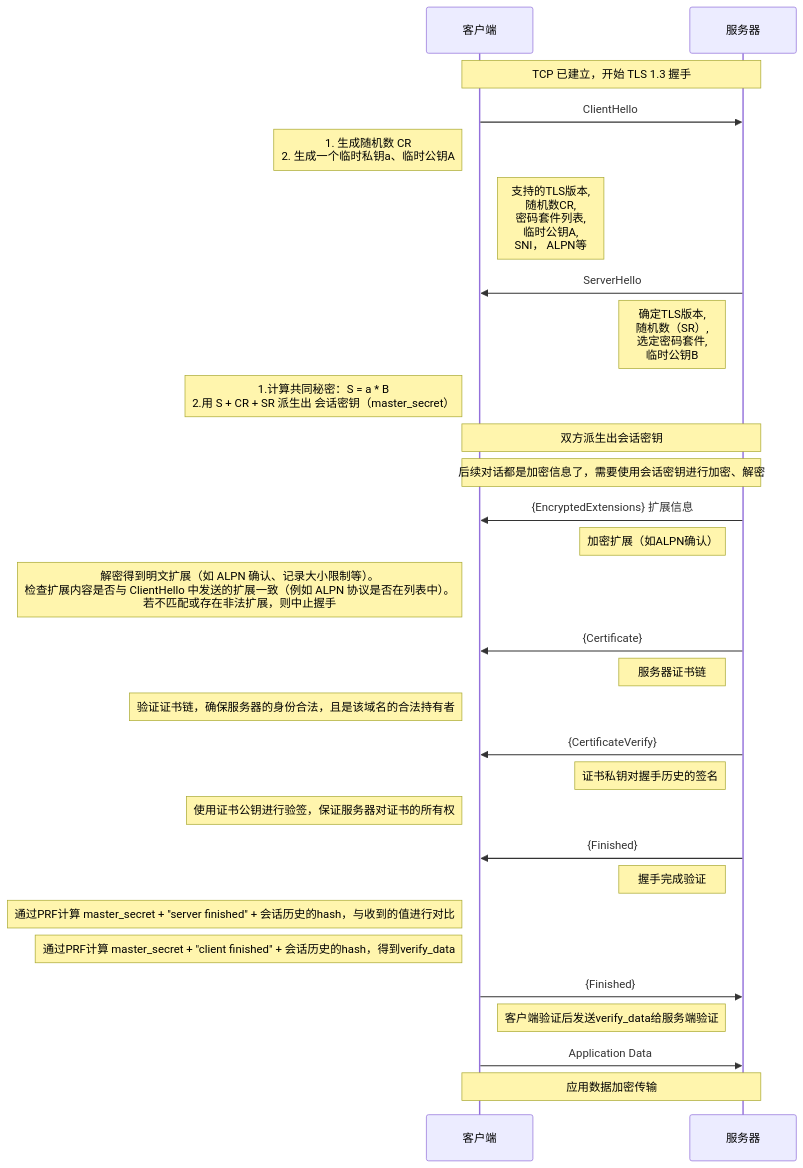
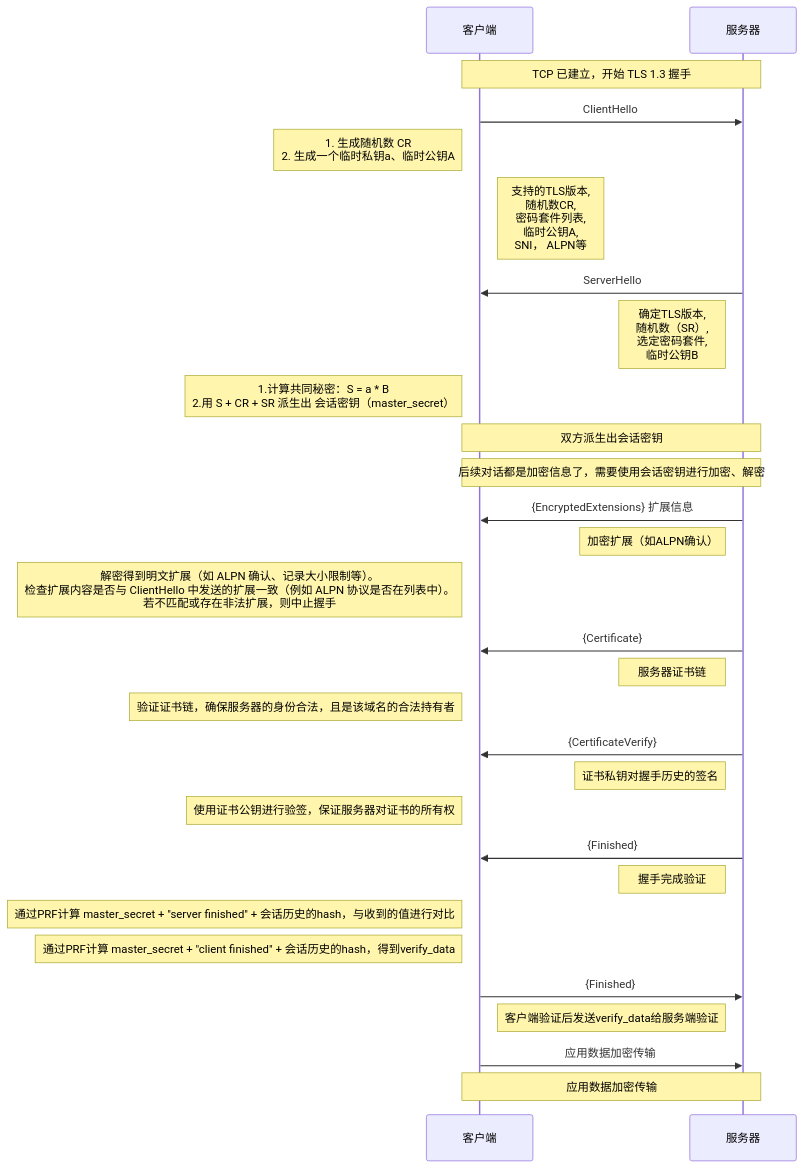
The diagram in all/TLS-1.3-通用.md (HY-10-8/iodraw-files), drawn with Mermaid before and after one commit.

Commit message:
2026-03-31 10:38:13 update

````diff
--- a/all/TLS-1.3-通用.md
+++ b/all/TLS-1.3-通用.md
@@ -1,41 +1,41 @@
 ```mermaid
 sequenceDiagram
     participant C as 客户端
     participant S as 服务器
 
     Note over C,S: TCP 已建立，开始 TLS 1.3 握手
 
     C->>S: ClientHello
     Note left of C: 1. 生成随机数 CR<br/> 2. 生成一个临时私钥a、临时公钥A
     Note right of C: 支持的TLS版本,<br/> 随机数CR,<br/> 密码套件列表,<br/> 临时公钥A,<br/> SNI， ALPN等
 
     S->>C: ServerHello
     Note left of S: 确定TLS版本, <br/>随机数（SR）,<br/> 选定密码套件, <br/>临时公钥B
     Note left of C: 1.计算共同秘密：S = a * B<br/> 2.用 S + CR + SR 派生出 会话密钥（master_secret）
 
     Note over C,S: 双方派生出会话密钥
     Note over C,S: 后续对话都是加密信息了，需要使用会话密钥进行加密、解密
 
     S->>C: {EncryptedExtensions} 扩展信息
     Note left of S: 加密扩展（如ALPN确认）
     Note left of C: 解密得到明文扩展（如 ALPN 确认、记录大小限制等）。<br/>检查扩展内容是否与 ClientHello 中发送的扩展一致（例如 ALPN 协议是否在列表中）。<br/> 若不匹配或存在非法扩展，则中止握手
 
     S->>C: {Certificate}
     Note left of S: 服务器证书链
     Note left of C: 验证证书链，确保服务器的身份合法，且是该域名的合法持有者
 
     S->>C: {CertificateVerify}
     Note left of S: 证书私钥对握手历史的签名
     Note left of C: 使用证书公钥进行验签，保证服务器对证书的所有权
 
     S->>C: {Finished}
     Note left of S: 握手完成验证
     Note left of C: 通过PRF计算 master_secret + "server finished" + 会话历史的hash，与收到的值进行对比
     Note left of C: 通过PRF计算 master_secret + "client finished" + 会话历史的hash，得到verify_data
 
     C->>S: {Finished}
     Note right of C: 客户端验证后发送verify_data给服务端验证
 
-    C->>S: Application Data
+    C->>S: 应用数据加密传输
     Note over C,S: 应用数据加密传输
 ```
````
